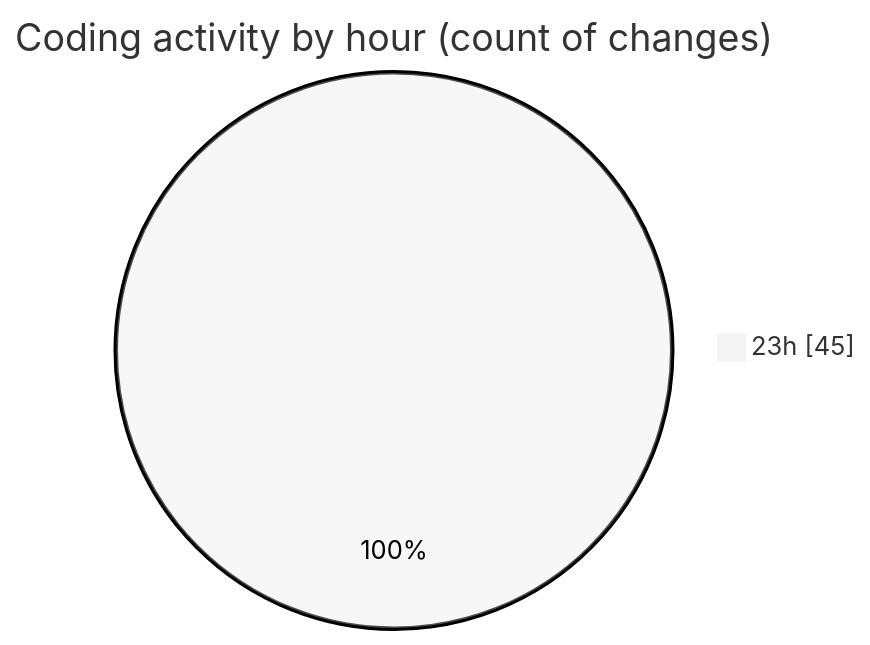
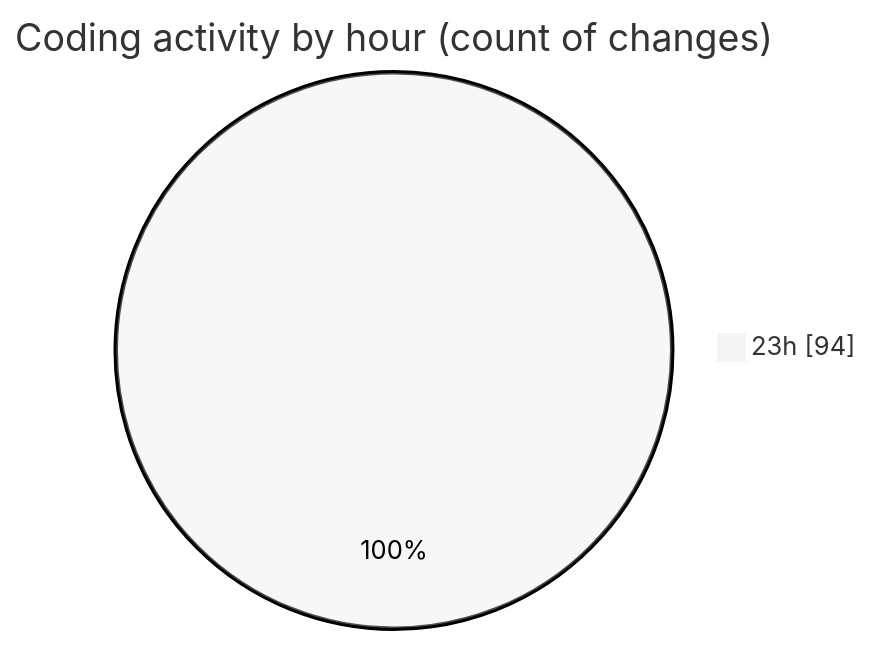
Before and after one commit to Ritupan-Deka/code-tracking: the second of 2 diagrams in 2025-07-31/javascript/README.md, drawn with Mermaid (neutral theme). The commit also changed other lines of this file and 1 other file, not shown here.

````diff
--- a/2025-07-31/javascript/README.md
+++ b/2025-07-31/javascript/README.md
@@ -29,5 +29,5 @@
 ```mermaid
 pie showData
 title Coding activity by hour (count of changes)
-"23h" : 45
+"23h" : 94
 ```
````
